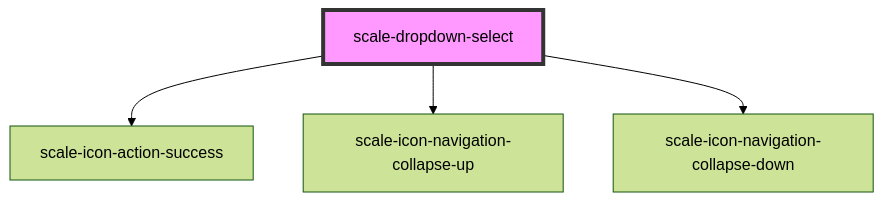
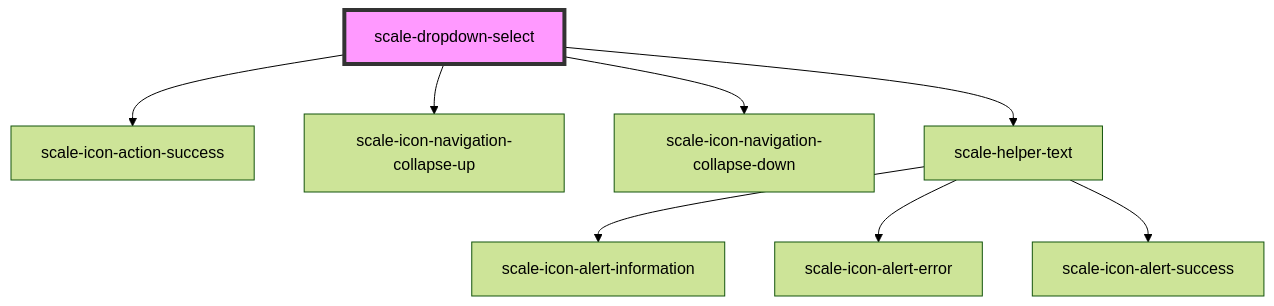
The diagram in packages/components/src/components/dropdown-select/readme.md (telekom/scale), drawn with Mermaid (forest theme) before and after one commit. The commit also changed other lines of this file and 756 other files, not shown here.

````diff
--- a/packages/components/src/components/dropdown-select/readme.md
+++ b/packages/components/src/components/dropdown-select/readme.md
@@ -54,7 +53,11 @@
 ```mermaid
 graph TD;
   scale-dropdown-select --> scale-icon-action-success
   scale-dropdown-select --> scale-icon-navigation-collapse-up
   scale-dropdown-select --> scale-icon-navigation-collapse-down
+  scale-dropdown-select --> scale-helper-text
+  scale-helper-text --> scale-icon-alert-information
+  scale-helper-text --> scale-icon-alert-error
+  scale-helper-text --> scale-icon-alert-success
   style scale-dropdown-select fill:#f9f,stroke:#333,stroke-width:4px
 ```
````
